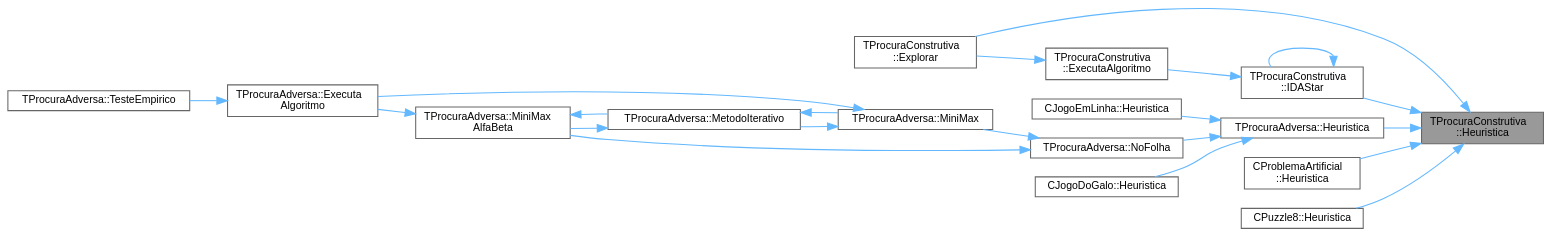
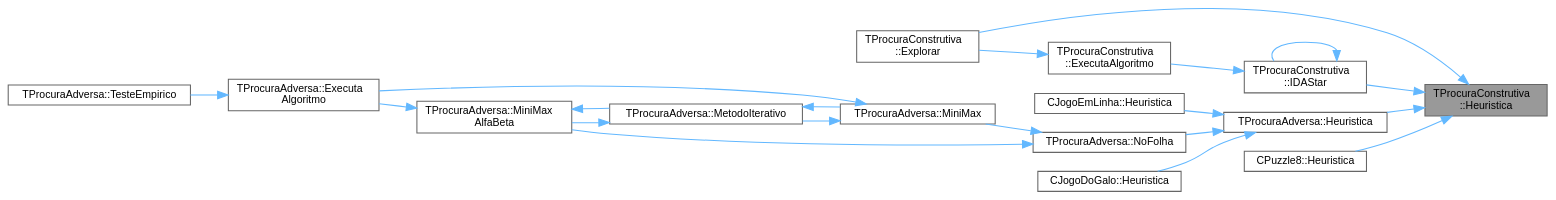
The diagram in group__RedefinicaoSugerida_ga0e8bb1bd33683545dc4f8f6329548b40_icgraph.dot (jcoelho72/TProcura), drawn with Graphviz before and after one commit. The commit also changed 161 other files, not shown here.

```diff
--- a/group__RedefinicaoSugerida_ga0e8bb1bd33683545dc4f8f6329548b40_icgraph.dot
+++ b/group__RedefinicaoSugerida_ga0e8bb1bd33683545dc4f8f6329548b40_icgraph.dot
@@ -1,43 +1,41 @@
 digraph "TProcuraConstrutiva::Heuristica"
 {
  // LATEX_PDF_SIZE
   bgcolor="transparent";
   edge [fontname=Helvetica,fontsize=10,labelfontname=Helvetica,labelfontsize=10];
   node [fontname=Helvetica,fontsize=10,shape=box,height=0.2,width=0.4];
   rankdir="RL";
   Node1 [id="Node000001",label="TProcuraConstrutiva\l::Heuristica",height=0.2,width=0.4,color="gray40", fillcolor="grey60", style="filled", fontcolor="black",tooltip="Função para calcular quanto falta para o final, o valor da heurística."];
   Node1 -> Node2 [id="edge1_Node000001_Node000002",dir="back",color="steelblue1",style="solid",tooltip=" "];
   Node2 [id="Node000002",label="TProcuraConstrutiva\l::Explorar",height=0.2,width=0.4,color="grey40", fillcolor="white", style="filled",URL="$classTProcuraConstrutiva.html#a9d8202d80510018d01a9807f3852b59f",tooltip="definir para explorar manualmente os dados (não definido em TProcura, apenas em TProcuraConstrutiva)"];
   Node1 -> Node3 [id="edge2_Node000001_Node000003",dir="back",color="steelblue1",style="solid",tooltip=" "];
   Node3 [id="Node000003",label="TProcuraAdversa::Heuristica",height=0.2,width=0.4,color="grey40", fillcolor="white", style="filled",URL="$classTProcuraAdversa.html#a75e148ba0a922339333940828366aed6",tooltip="chamar após calcular a heurística (grava o valor, dependendo da parametrização)"];
   Node3 -> Node4 [id="edge3_Node000003_Node000004",dir="back",color="steelblue1",style="solid",tooltip=" "];
   Node4 [id="Node000004",label="CJogoDoGalo::Heuristica",height=0.2,width=0.4,color="grey40", fillcolor="white", style="filled",URL="$classCJogoDoGalo.html#a3563839d5ffc94973acee1a1783e3527",tooltip="Função para calcular quanto falta para o final, o valor da heurística."];
   Node3 -> Node5 [id="edge4_Node000003_Node000005",dir="back",color="steelblue1",style="solid",tooltip=" "];
   Node5 [id="Node000005",label="CJogoEmLinha::Heuristica",height=0.2,width=0.4,color="grey40", fillcolor="white", style="filled",URL="$classCJogoEmLinha.html#afe8d4a92e1840c1436c295c5a13760db",tooltip="Função para calcular quanto falta para o final, o valor da heurística."];
   Node3 -> Node6 [id="edge5_Node000003_Node000006",dir="back",color="steelblue1",style="solid",tooltip=" "];
   Node6 [id="Node000006",label="TProcuraAdversa::NoFolha",height=0.2,width=0.4,color="grey40", fillcolor="white", style="filled",URL="$classTProcuraAdversa.html#a01ed7d4718647eb52723ecffaf68aa4b",tooltip="fim da procura, por corte de nível (ou não haver sucessores), retornar heurística"];
   Node6 -> Node7 [id="edge6_Node000006_Node000007",dir="back",color="steelblue1",style="solid",tooltip=" "];
   Node7 [id="Node000007",label="TProcuraAdversa::MiniMax",height=0.2,width=0.4,color="grey40", fillcolor="white", style="filled",URL="$classTProcuraAdversa.html#a4d8542bcb03f17da8aa3038384104f24",tooltip="retorna o valor do estado actual, apos procura de profundidade nivel"];
   Node7 -> Node8 [id="edge7_Node000007_Node000008",dir="back",color="steelblue1",style="solid",tooltip=" "];
   Node8 [id="Node000008",label="TProcuraAdversa::Executa\lAlgoritmo",height=0.2,width=0.4,color="grey40", fillcolor="white", style="filled",URL="$classTProcuraAdversa.html#aff6f48defaa10c14d160ac3990fd029b",tooltip="Executa o algoritmo com os parametros atuais."];
   Node8 -> Node9 [id="edge8_Node000008_Node000009",dir="back",color="steelblue1",style="solid",tooltip=" "];
   Node9 [id="Node000009",label="TProcuraAdversa::TesteEmpirico",height=0.2,width=0.4,color="grey40", fillcolor="white", style="filled",URL="$classTProcuraAdversa.html#abe15e86c2a11e584764a2b80ddab10cb",tooltip="Executa testes empíricos, em todas as configurações guardadas, nas instâncias selecionadas."];
   Node7 -> Node10 [id="edge9_Node000007_Node000010",dir="back",color="steelblue1",style="solid",tooltip=" "];
   Node10 [id="Node000010",label="TProcuraAdversa::MetodoIterativo",height=0.2,width=0.4,color="grey40", fillcolor="white", style="filled",URL="$classTProcuraAdversa.html#a7c4153974c32753901326271fee90197",tooltip="iteração, aumentando o nível progressivamente"];
   Node10 -> Node7 [id="edge10_Node000010_Node000007",dir="back",color="steelblue1",style="solid",tooltip=" "];
   Node10 -> Node11 [id="edge11_Node000010_Node000011",dir="back",color="steelblue1",style="solid",tooltip=" "];
   Node11 [id="Node000011",label="TProcuraAdversa::MiniMax\lAlfaBeta",height=0.2,width=0.4,color="grey40", fillcolor="white", style="filled",URL="$classTProcuraAdversa.html#adb3f857b1c8b3ee26682e335dc6ed601",tooltip="retorna o valor do estado actual, apos procura de profundidade nivel. Idêntico a MiniMax"];
   Node11 -> Node8 [id="edge12_Node000011_Node000008",dir="back",color="steelblue1",style="solid",tooltip=" "];
   Node11 -> Node10 [id="edge13_Node000011_Node000010",dir="back",color="steelblue1",style="solid",tooltip=" "];
   Node6 -> Node11 [id="edge14_Node000006_Node000011",dir="back",color="steelblue1",style="solid",tooltip=" "];
   Node1 -> Node12 [id="edge15_Node000001_Node000012",dir="back",color="steelblue1",style="solid",tooltip=" "];
-  Node12 [id="Node000012",label="CProblemaArtificial\l::Heuristica",height=0.2,width=0.4,color="grey40", fillcolor="white", style="filled",URL="$classCProblemaArtificial.html#acefa1963a1703a5f092c391a13b37ff5",tooltip="Função para calcular quanto falta para o final, o valor da heurística."];
+  Node12 [id="Node000012",label="CPuzzle8::Heuristica",height=0.2,width=0.4,color="grey40", fillcolor="white", style="filled",URL="$classCPuzzle8.html#a273bc37daab41bce1aab45517e800d27",tooltip="Função para calcular quanto falta para o final, o valor da heurística."];
   Node1 -> Node13 [id="edge16_Node000001_Node000013",dir="back",color="steelblue1",style="solid",tooltip=" "];
-  Node13 [id="Node000013",label="CPuzzle8::Heuristica",height=0.2,width=0.4,color="grey40", fillcolor="white", style="filled",URL="$classCPuzzle8.html#a273bc37daab41bce1aab45517e800d27",tooltip="Função para calcular quanto falta para o final, o valor da heurística."];
-  Node1 -> Node14 [id="edge17_Node000001_Node000014",dir="back",color="steelblue1",style="solid",tooltip=" "];
-  Node14 [id="Node000014",label="TProcuraConstrutiva\l::IDAStar",height=0.2,width=0.4,color="grey40", fillcolor="white", style="filled",URL="$group__ProcurasInformadas.html#gae77f9608e7988052377d7025bee7c4e8",tooltip="Executa a procura IDA*, algoritmo informado."];
-  Node14 -> Node15 [id="edge18_Node000014_Node000015",dir="back",color="steelblue1",style="solid",tooltip=" "];
-  Node15 [id="Node000015",label="TProcuraConstrutiva\l::ExecutaAlgoritmo",height=0.2,width=0.4,color="grey40", fillcolor="white", style="filled",URL="$group__RedefinicaoOpcional.html#gae52871eb18c8ae656a2174acf43b3bb3",tooltip="Executa o algoritmo com os parametros atuais."];
-  Node15 -> Node2 [id="edge19_Node000015_Node000002",dir="back",color="steelblue1",style="solid",tooltip=" "];
-  Node14 -> Node14 [id="edge20_Node000014_Node000014",dir="back",color="steelblue1",style="solid",tooltip=" "];
+  Node13 [id="Node000013",label="TProcuraConstrutiva\l::IDAStar",height=0.2,width=0.4,color="grey40", fillcolor="white", style="filled",URL="$group__ProcurasInformadas.html#gae77f9608e7988052377d7025bee7c4e8",tooltip="Executa a procura IDA*, algoritmo informado."];
+  Node13 -> Node14 [id="edge17_Node000013_Node000014",dir="back",color="steelblue1",style="solid",tooltip=" "];
+  Node14 [id="Node000014",label="TProcuraConstrutiva\l::ExecutaAlgoritmo",height=0.2,width=0.4,color="grey40", fillcolor="white", style="filled",URL="$group__RedefinicaoOpcional.html#gae52871eb18c8ae656a2174acf43b3bb3",tooltip="Executa o algoritmo com os parametros atuais."];
+  Node14 -> Node2 [id="edge18_Node000014_Node000002",dir="back",color="steelblue1",style="solid",tooltip=" "];
+  Node13 -> Node13 [id="edge19_Node000013_Node000013",dir="back",color="steelblue1",style="solid",tooltip=" "];
 }
```
